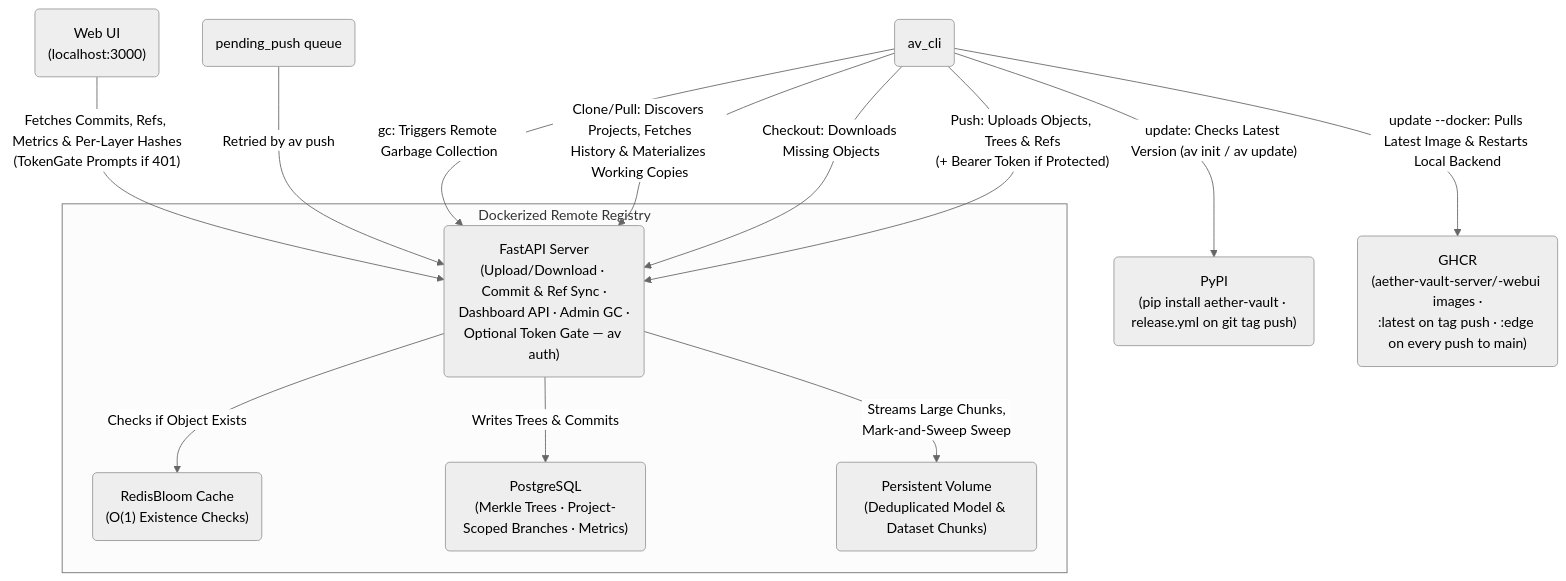
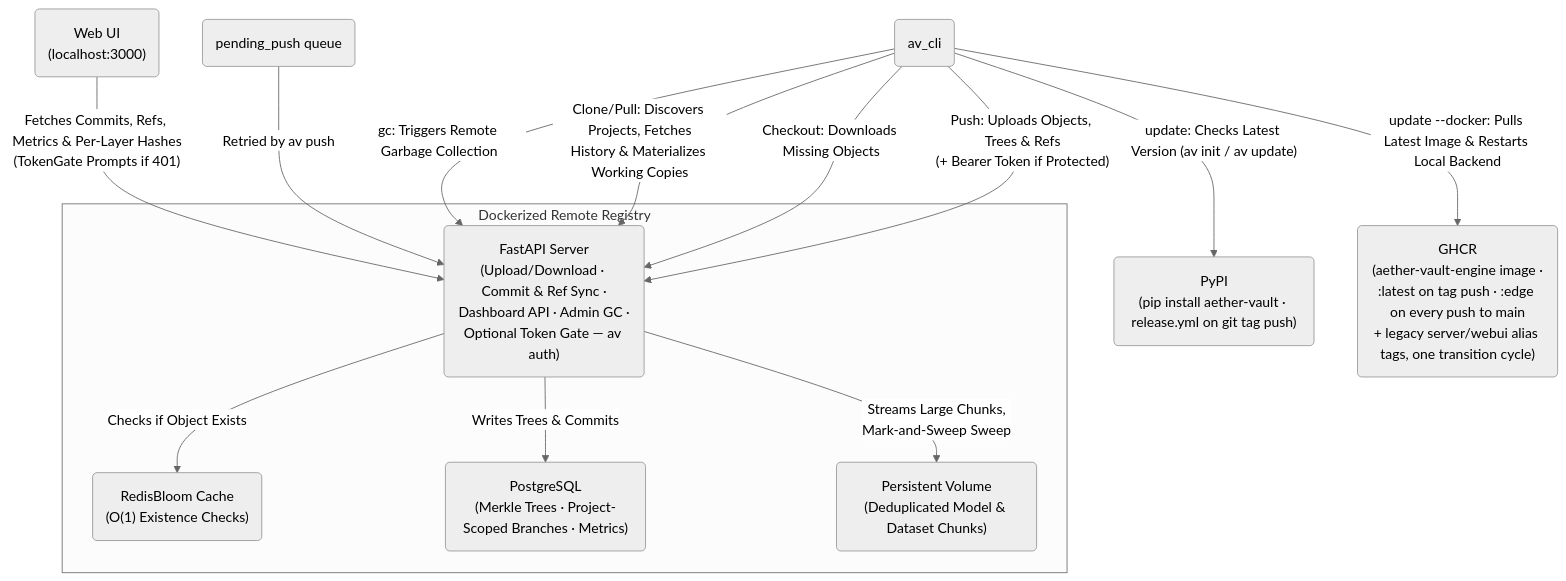
Before and after one commit to leon1706-lol/Aether-Vault: the second of 2 diagrams in README.md, drawn with Mermaid (neutral theme). The commit also changed other lines of this file and 65 other files, not shown here.

Commit message:
V1.2.2: engine image consolidation + architectural gap closure

````diff
--- a/README.md
+++ b/README.md
@@ -87,29 +87,29 @@
 ```mermaid
 graph TD
     CLI("av_cli")
     PendingQ("pending_push queue")
     WebUI("Web UI<br>(localhost:3000)")
 
     subgraph Remote [Dockerized Remote Registry]
         FastAPI("FastAPI Server<br>(Upload/Download · Commit & Ref Sync ·<br>Dashboard API · Admin GC ·<br>Optional Token Gate — av auth)")
         Redis("RedisBloom Cache<br>(O(1) Existence Checks)")
         DB("PostgreSQL<br>(Merkle Trees · Project-Scoped Branches · Metrics)")
         Storage("Persistent Volume<br>(Deduplicated Model & Dataset Chunks)")
 
         FastAPI -- "Checks if Object Exists" --> Redis
         FastAPI -- "Writes Trees & Commits" --> DB
         FastAPI -- "Streams Large Chunks,<br>Mark-and-Sweep Sweep" --> Storage
     end
 
     CLI -- "Push: Uploads Objects, Trees & Refs<br>(+ Bearer Token if Protected)" --> FastAPI
     CLI -- "Checkout: Downloads Missing Objects" --> FastAPI
     CLI -- "Clone/Pull: Discovers Projects, Fetches<br>History & Materializes Working Copies" --> FastAPI
     CLI -- "gc: Triggers Remote Garbage Collection" --> FastAPI
     PendingQ -- "Retried by av push" --> FastAPI
     WebUI -- "Fetches Commits, Refs, Metrics & Per-Layer Hashes<br>(TokenGate Prompts if 401)" --> FastAPI
 
     PyPI("PyPI<br>(pip install aether-vault · release.yml on git tag push)")
-    GHCR("GHCR<br>(aether-vault-server/-webui images ·<br>:latest on tag push · :edge on every push to main)")
+    GHCR("GHCR<br>(aether-vault-engine image ·<br>:latest on tag push · :edge on every push to main<br>+ legacy server/webui alias tags, one transition cycle)")
     CLI -- "update: Checks Latest Version (av init / av update)" --> PyPI
     CLI -- "update --docker: Pulls Latest Image & Restarts Local Backend" --> GHCR
 ```
````
